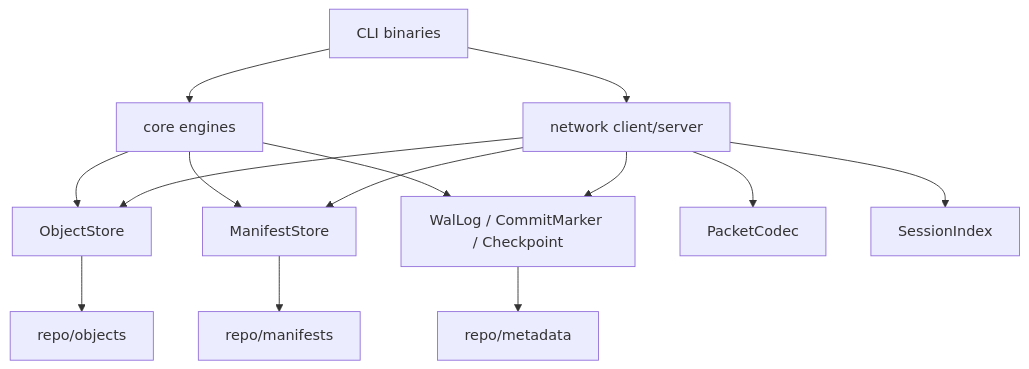
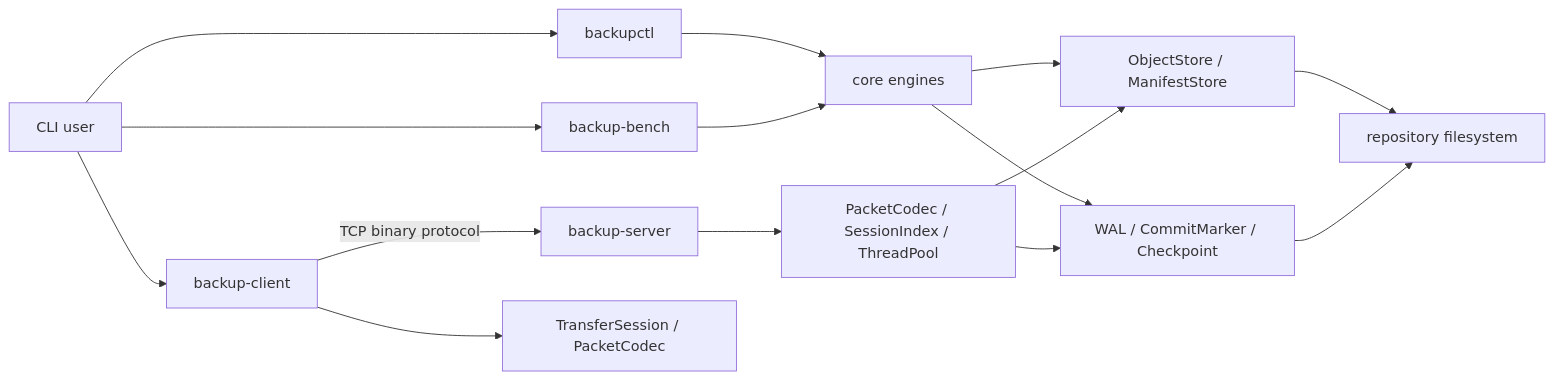
Before and after one commit to JiaChangGit/cpp-data-protection-core: the first of 4 diagrams in README.md, drawn with Mermaid. The commit also changed other lines of this file and 23 other files, not shown here.

````diff
--- a/README.md
+++ b/README.md
@@ -276,16 +66,20 @@
 ```mermaid
-flowchart TD
-    CLI["CLI binaries"] --> Core["core engines"]
-    CLI --> Network["network client/server"]
-    Core --> ObjectStore["ObjectStore"]
-    Core --> ManifestStore["ManifestStore"]
-    Core --> Metadata["WalLog / CommitMarker / Checkpoint"]
-    Network --> PacketCodec["PacketCodec"]
-    Network --> SessionIndex["SessionIndex"]
-    Network --> ObjectStore
-    Network --> ManifestStore
-    Network --> Metadata
-    ObjectStore --> Repo["repo/objects"]
-    ManifestStore --> Manifests["repo/manifests"]
-    Metadata --> Meta["repo/metadata"]
+flowchart LR
+    User["CLI user"] --> CTL["backupctl"]
+    User --> Client["backup-client"]
+    User --> Bench["backup-bench"]
+    Client -->|"TCP binary protocol"| Server["backup-server"]
+
+    CTL --> Core["core engines"]
+    Bench --> Core
+    Client --> Transfer["TransferSession / PacketCodec"]
+    Server --> NetworkStore["PacketCodec / SessionIndex / ThreadPool"]
+
+    Core --> Storage["ObjectStore / ManifestStore"]
+    Core --> Metadata["WAL / CommitMarker / Checkpoint"]
+    NetworkStore --> Storage
+    NetworkStore --> Metadata
+
+    Storage --> Repo["repository filesystem"]
+    Metadata --> Repo
 ```
````
